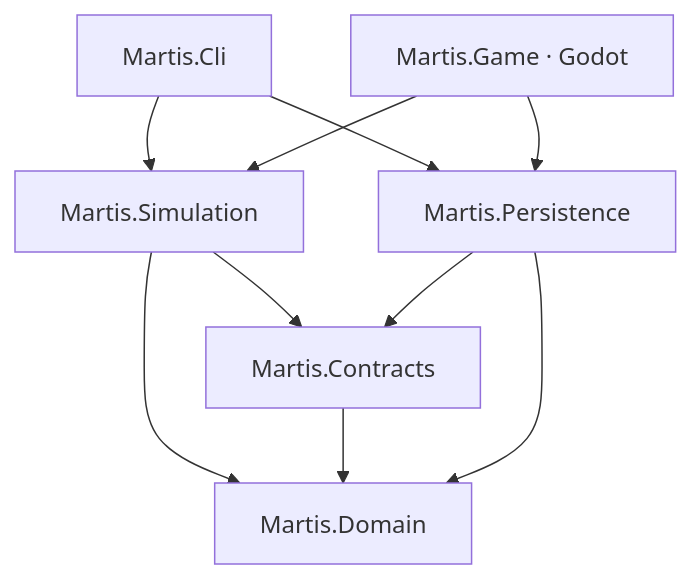
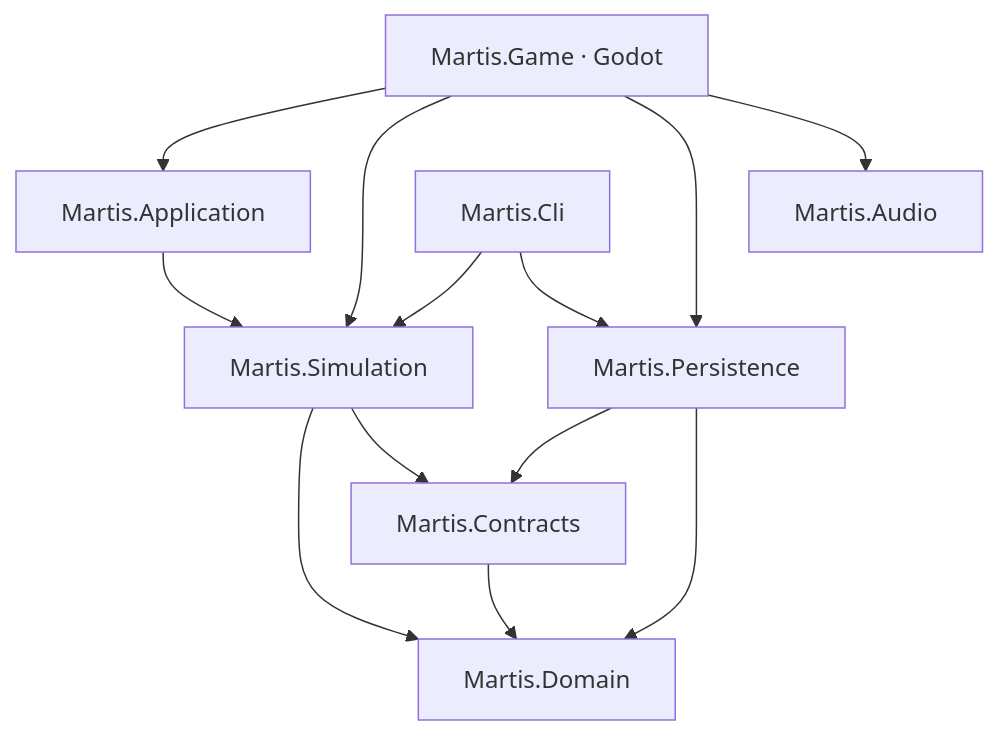
One commit to CerealKillerjs/martis changed the diagram in README.md. Above: the diagram before and after it, drawn with Mermaid. The commit also changed other lines of this file and 13 other files, not shown here.

````diff
--- a/README.md
+++ b/README.md
@@ -95,12 +125,15 @@
 ```mermaid
 graph TD
+  Game[Martis.Game · Godot] --> Application
+  Game --> Simulation
+  Game --> Persistence
+  Game --> Audio[Martis.Audio]
+  Application[Martis.Application] --> Simulation
   Cli[Martis.Cli] --> Simulation[Martis.Simulation]
   Cli --> Persistence[Martis.Persistence]
   Simulation --> Domain[Martis.Domain]
-  Simulation --> Contracts
-  Contracts[Martis.Contracts] --> Domain
+  Simulation --> Contracts[Martis.Contracts]
+  Contracts --> Domain
   Persistence --> Contracts
   Persistence --> Domain
-  Game[Martis.Game · Godot] --> Simulation
-  Game --> Persistence
 ```
````
